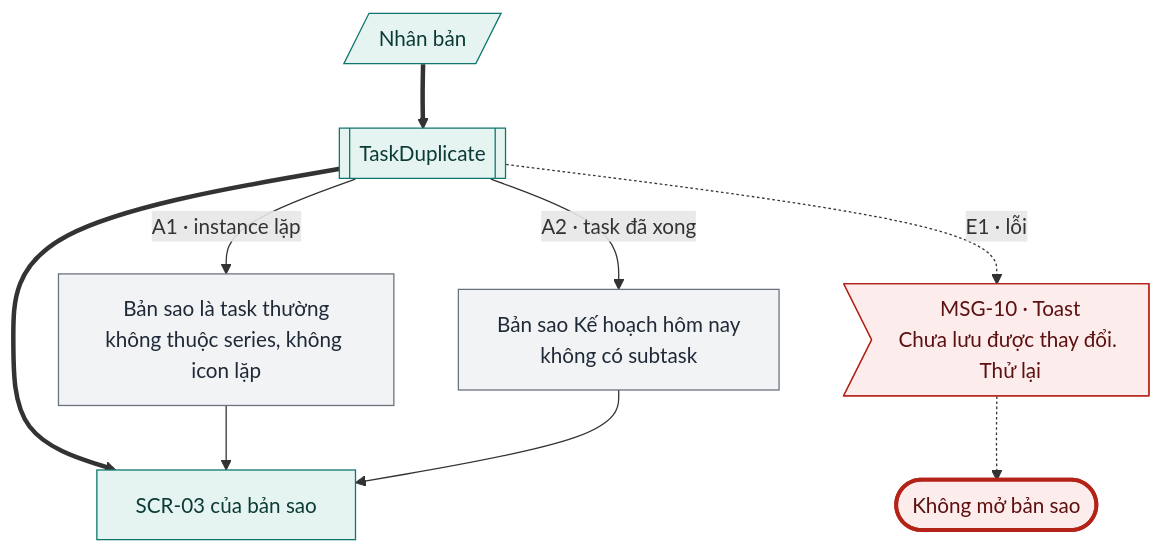
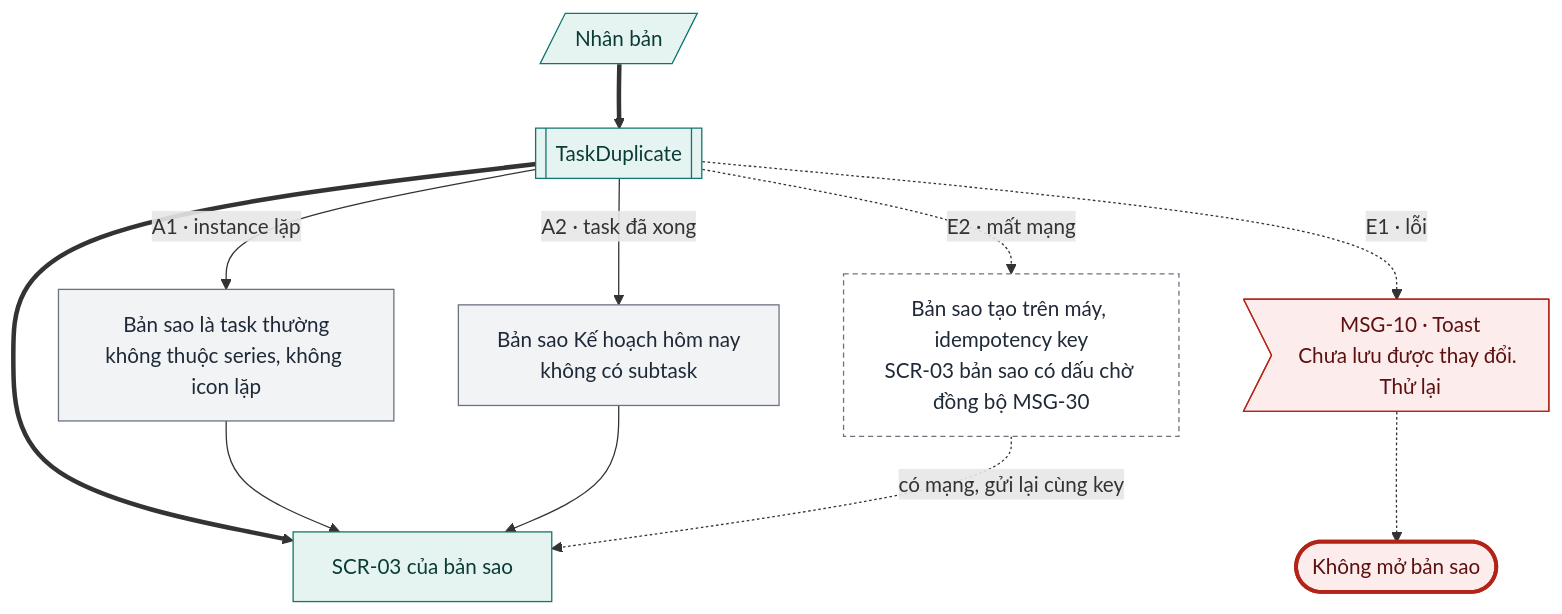
Before and after one commit to tannguyenho/personal-app: diagram 12 of 15 in docs/design-brief/flow/g02-quan-ly-task.md, drawn with Mermaid. The commit also changed other lines of this file and 9 other files, not shown here.

````diff
--- a/docs/design-brief/flow/g02-quan-ly-task.md
+++ b/docs/design-brief/flow/g02-quan-ly-task.md
@@ -559,28 +570,31 @@
 ```mermaid
 flowchart TD
   u1[/"Nhân bản"/]
   p1[["TaskDuplicate"]]
   s1["SCR-03 của bản sao"]
   u1 ==> p1 ==> s1
 
   p1 -->|"A1 · instance lặp"| a1["Bản sao là task thường<br/>không thuộc series, không icon lặp"]
   p1 -->|"A2 · task đã xong"| a2["Bản sao Kế hoạch hôm nay<br/>không có subtask"]
   a1 --> s1
   a2 --> s1
   p1 -.->|"E1 · lỗi"| e1m>"MSG-10 · Toast<br/>Chưa lưu được thay đổi. Thử lại"]
   e1m -.-> fail(["Không mở bản sao"])
+  p1 -.->|"E2 · mất mạng"| e2["Bản sao tạo trên máy, idempotency key<br/>SCR-03 bản sao có dấu chờ đồng bộ MSG-30"]
+  e2 -.->|"có mạng, gửi lại cùng key"| s1
 
   class u1,p1,s1 happy
   class a1,a2 alt
   class e1m err
+  class e2 sync
   class fail fail
   classDef happy fill:#E6F4F1,stroke:#0F766E,color:#0B3B36
   classDef alt fill:#F1F3F5,stroke:#6B7280,color:#1F2937
   classDef err fill:#FDECEC,stroke:#B42318,color:#5C1010
   classDef warn fill:#FEF4E2,stroke:#B45309,color:#4A2604
   classDef ai fill:#F1ECFD,stroke:#6D28D9,color:#2E1065
   classDef sync fill:#FFFFFF,stroke:#6B7280,stroke-dasharray:4 3,color:#1F2937
   classDef link fill:#FFFFFF,stroke:#0F766E,stroke-dasharray:4 3,color:#0B3B36
   classDef done fill:#E6F4F1,stroke:#0F766E,stroke-width:3px,color:#0B3B36
   classDef fail fill:#FDECEC,stroke:#B42318,stroke-width:3px,color:#5C1010
 ```
````
